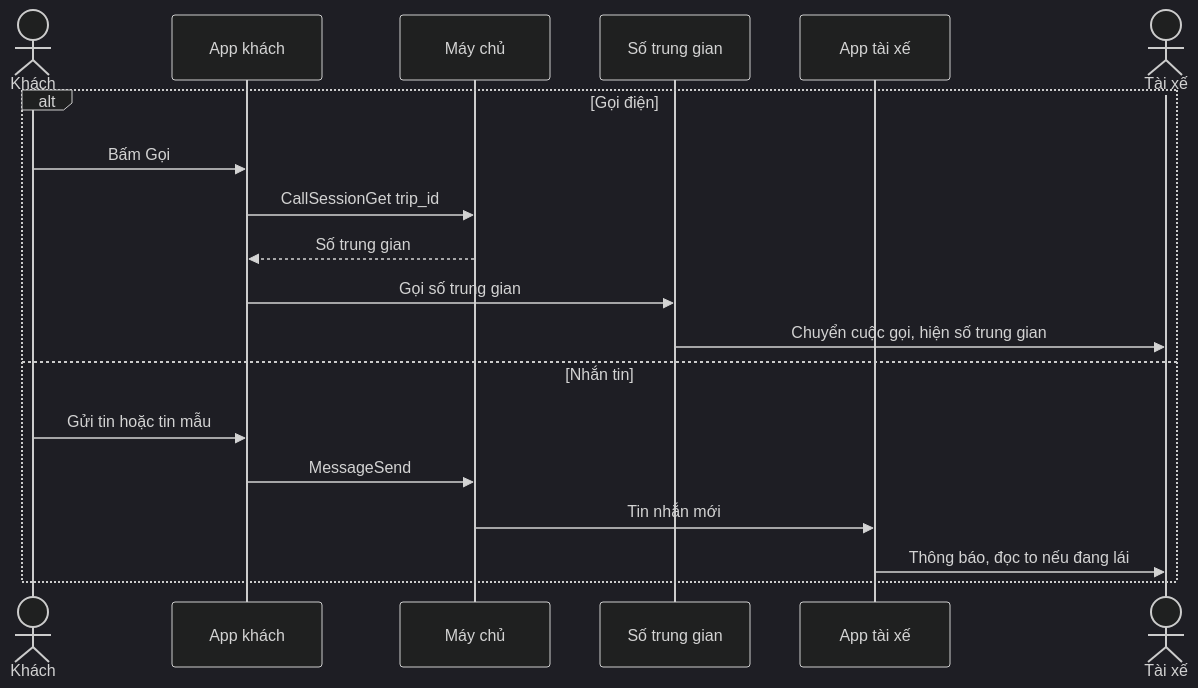
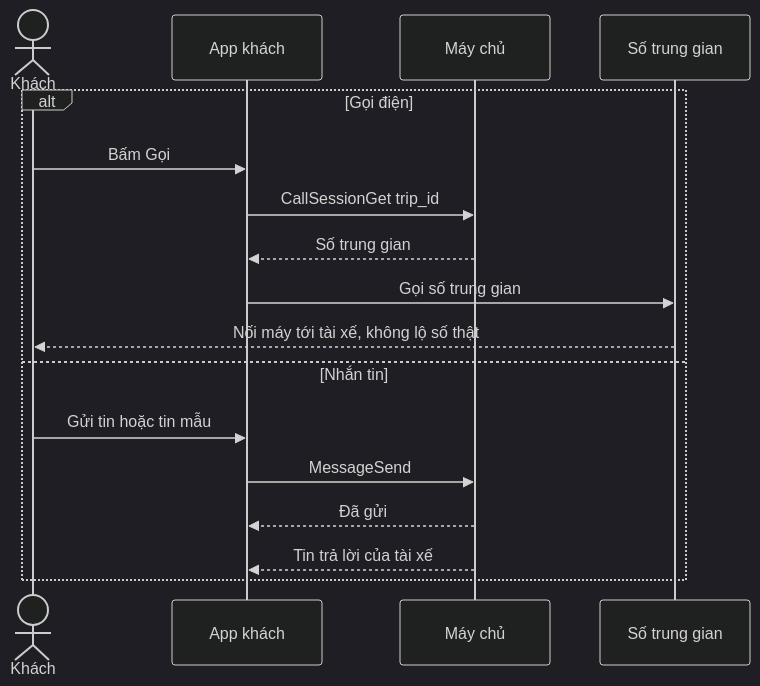
One commit to uxfoundation-vn/de05-dat-xe-cho-khach changed diagram 11 of 20 in docs/SRS.md. Above: the diagram before and after it, drawn with Mermaid (dark theme). The commit also changed other lines of this file and 2 other files, not shown here.

First line of the commit message:
Đề 5: chỉ giữ luồng của khách

````diff
--- a/docs/SRS.md
+++ b/docs/SRS.md
@@ -618,21 +528,19 @@
 ```mermaid
 sequenceDiagram
   actor K as Khách
   participant KA as App khách
   participant S as Máy chủ
   participant VN as Số trung gian
-  participant TA as App tài xế
-  actor T as Tài xế
   alt Gọi điện
     K->>KA: Bấm Gọi
     KA->>S: CallSessionGet trip_id
     S-->>KA: Số trung gian
     KA->>VN: Gọi số trung gian
-    VN->>T: Chuyển cuộc gọi, hiện số trung gian
+    VN-->>K: Nối máy tới tài xế, không lộ số thật
   else Nhắn tin
     K->>KA: Gửi tin hoặc tin mẫu
     KA->>S: MessageSend
-    S->>TA: Tin nhắn mới
-    TA->>T: Thông báo, đọc to nếu đang lái
+    S-->>KA: Đã gửi
+    S-->>KA: Tin trả lời của tài xế
   end
 ```
````
